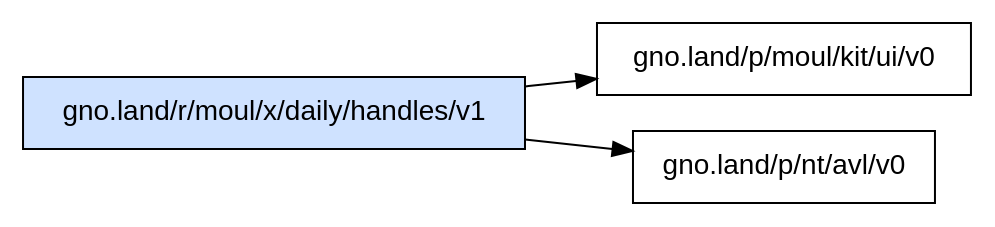
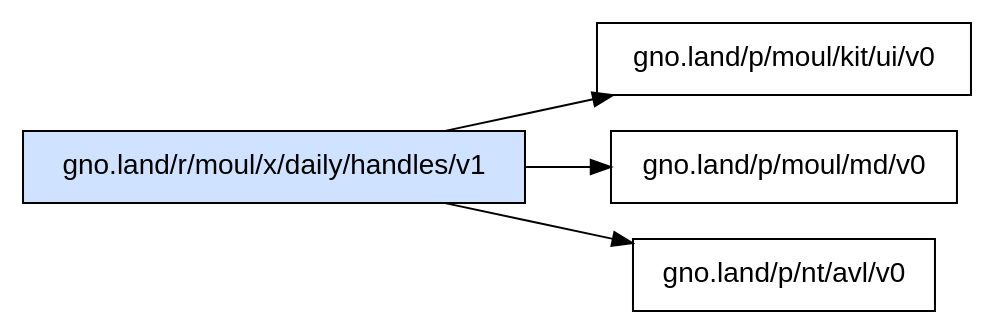
The diagram in _assets/gno.land/r/moul/x/daily/handles/v1/deps.dot (moul/gno-contracts), drawn with Graphviz before and after one commit. The commit also changed 49 other files, not shown here.

Commit message:
chore: regenerate catalog, graphs and on-chain status [skip ci]

```diff
--- a/_assets/gno.land/r/moul/x/daily/handles/v1/deps.dot
+++ b/_assets/gno.land/r/moul/x/daily/handles/v1/deps.dot
@@ -1,7 +1,8 @@
 digraph deps {
   rankdir=LR;
   node [shape=box, fontname="sans-serif"];
   "gno.land/r/moul/x/daily/handles/v1" [style=filled, fillcolor="#cfe2ff"];
   "gno.land/r/moul/x/daily/handles/v1" -> "gno.land/p/moul/kit/ui/v0";
+  "gno.land/r/moul/x/daily/handles/v1" -> "gno.land/p/moul/md/v0";
   "gno.land/r/moul/x/daily/handles/v1" -> "gno.land/p/nt/avl/v0";
 }
```
